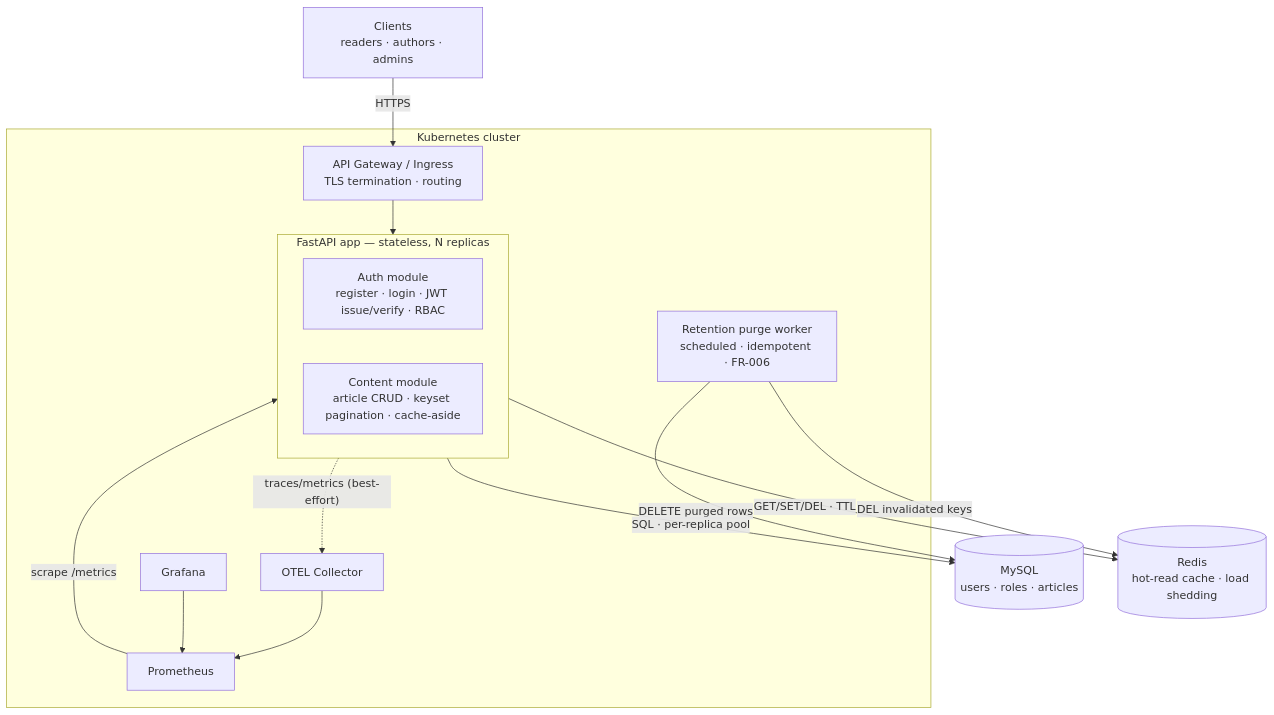
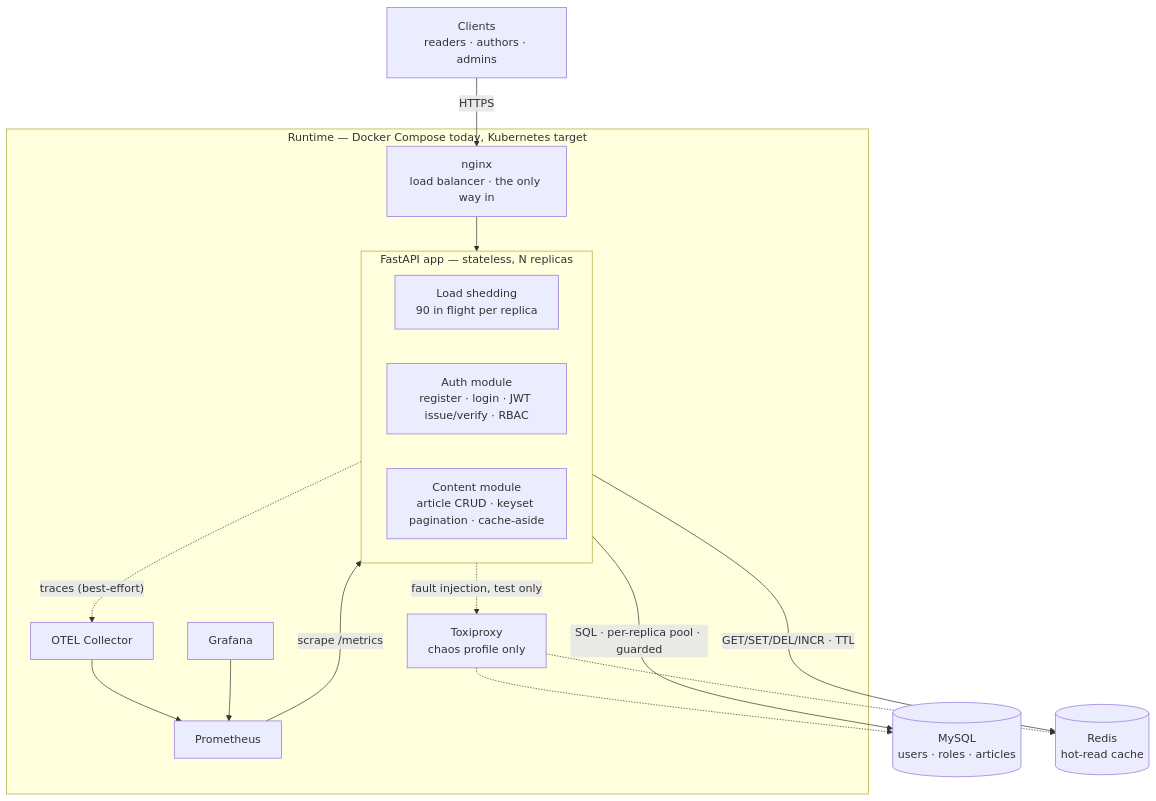
One commit to sibomana-si/scalable-content-platform changed the second of 4 diagrams in docs/architecture/overview.md. Above: the diagram before and after it, drawn with Mermaid. The commit also changed other lines of this file and 1 other file, not shown here.

````diff
--- a/docs/architecture/overview.md
+++ b/docs/architecture/overview.md
@@ -49,28 +51,30 @@
 ```mermaid
 graph TD
-    client[Clients<br/>readers · authors · admins] -- HTTPS --> gw[API Gateway / Ingress<br/>TLS termination · routing]
+    client[Clients<br/>readers · authors · admins] -- HTTPS --> gw[nginx<br/>load balancer · the only way in]
 
-    subgraph cluster [Kubernetes cluster]
+    subgraph runtime [Runtime — Docker Compose today, Kubernetes target]
         gw --> app
 
         subgraph app [FastAPI app — stateless, N replicas]
+            shed[Load shedding<br/>90 in flight per replica]
             authm[Auth module<br/>register · login · JWT issue/verify · RBAC]
             content[Content module<br/>article CRUD · keyset pagination · cache-aside]
         end
 
-        worker[Retention purge worker<br/>scheduled · idempotent · FR-006]
         otel[OTEL Collector]
         prom[Prometheus]
         graf[Grafana]
+        toxi[Toxiproxy<br/>chaos profile only]
     end
 
-    app -- "SQL · per-replica pool" --> mysql[(MySQL<br/>users · roles · articles)]
-    app -- "GET/SET/DEL · TTL" --> redis[(Redis<br/>hot-read cache · load shedding)]
-    worker -- "DELETE purged rows" --> mysql
-    worker -- "DEL invalidated keys" --> redis
+    app -- "SQL · per-replica pool · guarded" --> mysql[(MySQL<br/>users · roles · articles)]
+    app -- "GET/SET/DEL/INCR · TTL" --> redis[(Redis<br/>hot-read cache)]
+    app -. "fault injection, test only" .-> toxi
+    toxi -.-> mysql
+    toxi -.-> redis
 
-    app -. "traces/metrics (best-effort)" .-> otel
+    app -. "traces (best-effort)" .-> otel
     prom -- "scrape /metrics" --> app
     otel --> prom
     graf --> prom
 ```
````
